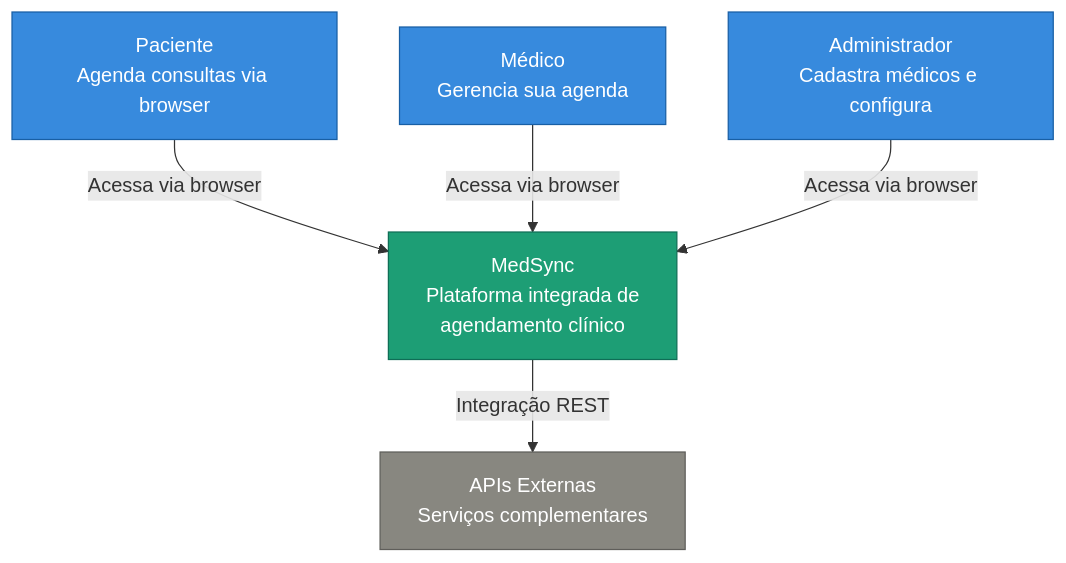
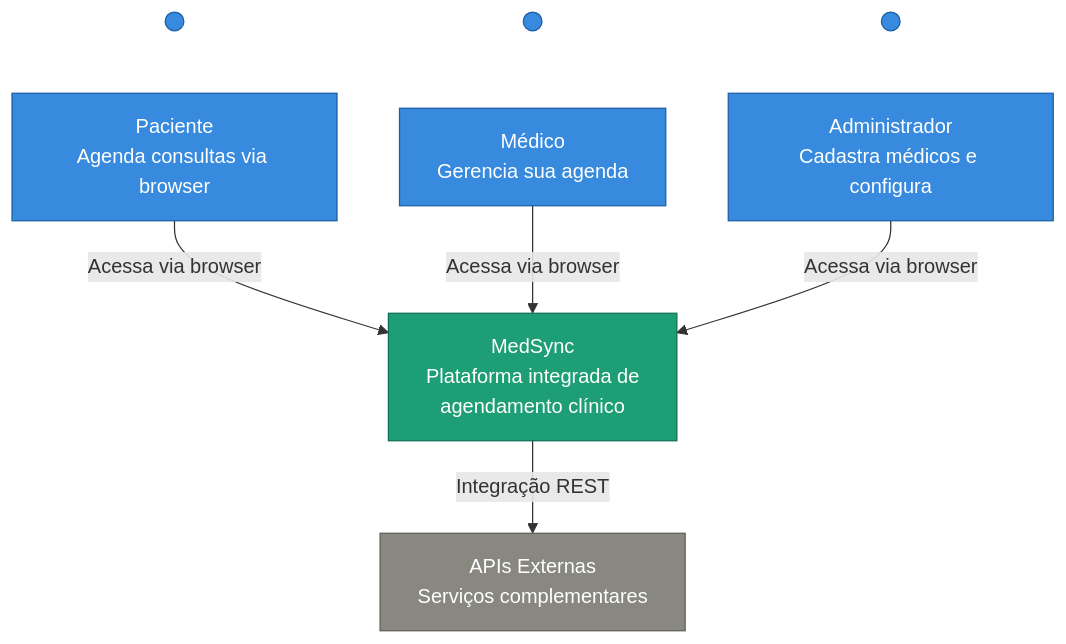
The fourth of 8 diagrams in README.md (vitorbansen/Portifolio-MedSync), drawn with Mermaid before and after one commit. The commit also changed other lines of this file, not shown here.

````diff
--- a/README.md
+++ b/README.md
@@ -373,21 +384,33 @@
 ```mermaid
 graph TB
+    PC((" "))
     P["Paciente\nAgenda consultas via browser"]
+    PC --- P
+
+    MC((" "))
     M["Médico\nGerencia sua agenda"]
+    MC --- M
+
+    AC((" "))
     A["Administrador\nCadastra médicos e configura"]
+    AC --- A
 
     S["MedSync\nPlataforma integrada de\nagendamento clínico"]
-
     EXT["APIs Externas\nServiços complementares"]
 
     P -->|"Acessa via browser"| S
     M -->|"Acessa via browser"| S
     A -->|"Acessa via browser"| S
     S -->|"Integração REST"| EXT
 
+    linkStyle 0,1,2 stroke:none
+
     style S fill:#1D9E75,color:#fff,stroke:#0F6E56
     style EXT fill:#888780,color:#fff,stroke:#5F5E5A
+    style PC fill:#378ADD,stroke:#185FA5,color:#378ADD
     style P fill:#378ADD,color:#fff,stroke:#185FA5
+    style MC fill:#378ADD,stroke:#185FA5,color:#378ADD
     style M fill:#378ADD,color:#fff,stroke:#185FA5
+    style AC fill:#378ADD,stroke:#185FA5,color:#378ADD
     style A fill:#378ADD,color:#fff,stroke:#185FA5
 ```
````
